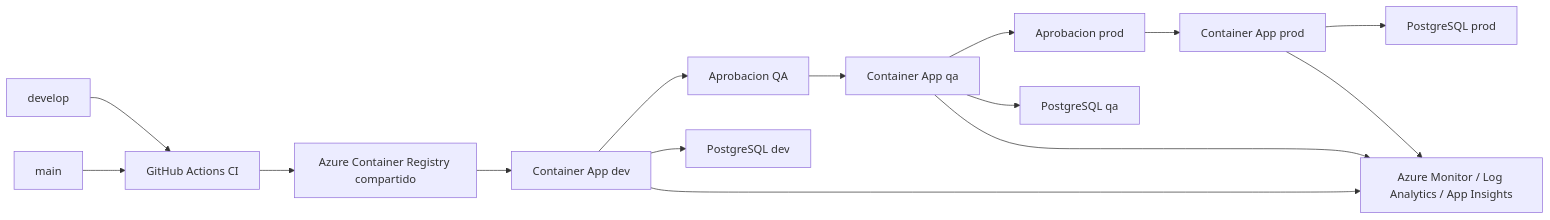
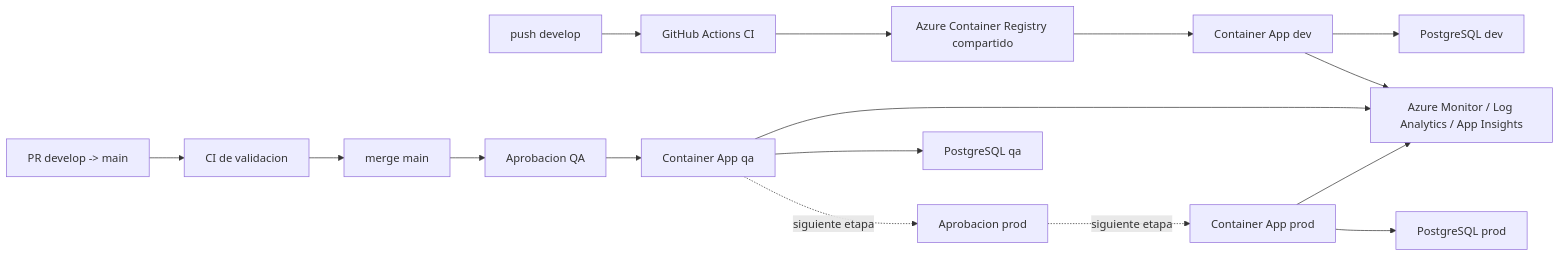
Before and after one commit to compania-pari/CEROHUELLA_IA: the diagram in docs/arquitectura-azure.md, drawn with Mermaid. The commit also changed other lines of this file and 6 other files, not shown here.

Commit message:
Ajusta flujo CI CD develop main

````diff
--- a/docs/arquitectura-azure.md
+++ b/docs/arquitectura-azure.md
@@ -19,17 +19,18 @@
 ```mermaid
 flowchart LR
-    DevBranch["develop"] --> CI["GitHub Actions CI"]
-    MainBranch["main"] --> CI
-    CI --> ACR["Azure Container Registry compartido"]
+    DevelopPush["push develop"] --> CIDev["GitHub Actions CI"]
+    CIDev --> ACR["Azure Container Registry compartido"]
     ACR --> Dev["Container App dev"]
-    Dev --> QaApproval["Aprobacion QA"]
+    DevelopMainPR["PR develop -> main"] --> CIPr["CI de validacion"]
+    CIPr --> MainMerge["merge main"]
+    MainMerge --> QaApproval["Aprobacion QA"]
     QaApproval --> Qa["Container App qa"]
-    Qa --> ProdApproval["Aprobacion prod"]
-    ProdApproval --> Prod["Container App prod"]
+    Qa -. "siguiente etapa" .-> ProdApproval["Aprobacion prod"]
+    ProdApproval -. "siguiente etapa" .-> Prod["Container App prod"]
     Dev --> PgDev["PostgreSQL dev"]
     Qa --> PgQa["PostgreSQL qa"]
     Prod --> PgProd["PostgreSQL prod"]
     Dev --> Monitor["Azure Monitor / Log Analytics / App Insights"]
     Qa --> Monitor
     Prod --> Monitor
 ```
````
